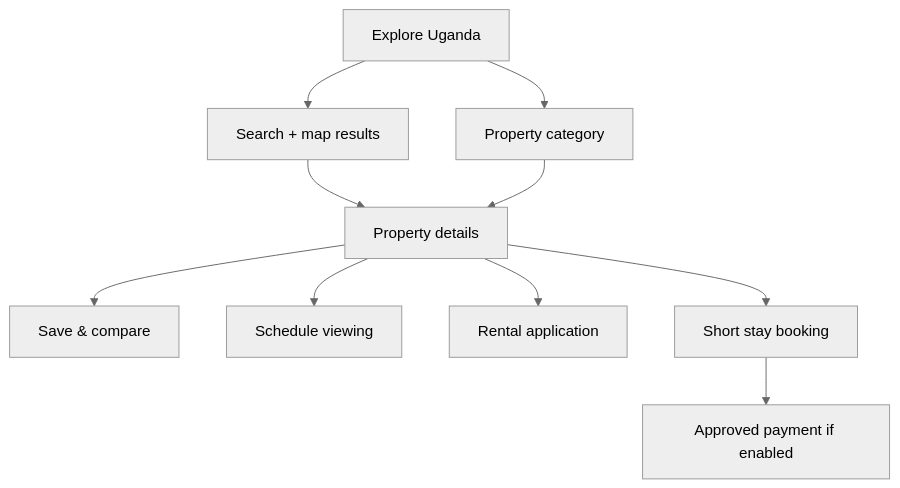
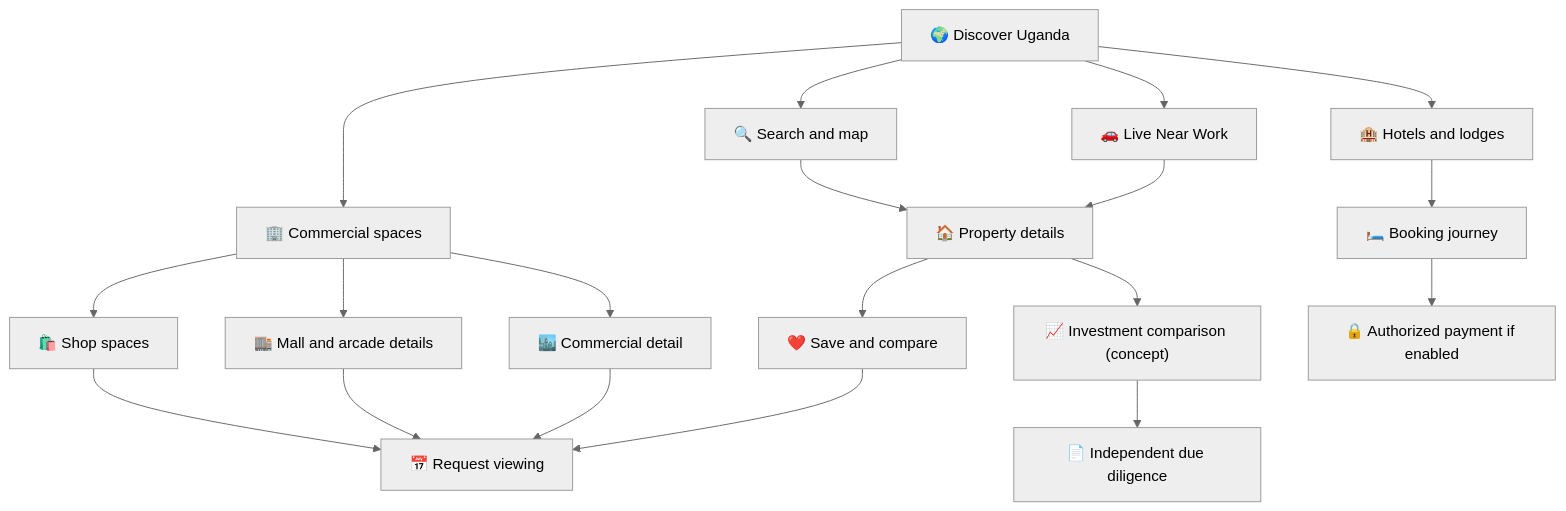
The fifth of 5 diagrams in knowledge-hub/18-BYTELAB-PROJECTS/BYTERENT-UGANDA/DESIGN-SHOWCASE.md (codetherapistpita-oss/codetherapistpita-oss), drawn with Mermaid (neutral theme) before and after one commit. The commit also changed other lines of this file, not shown here.

Commit message:
docs(byterent): stage original PNG screen gallery with workflows and safe concept labels

````diff
--- a/knowledge-hub/18-BYTELAB-PROJECTS/BYTERENT-UGANDA/DESIGN-SHOWCASE.md
+++ b/knowledge-hub/18-BYTELAB-PROJECTS/BYTERENT-UGANDA/DESIGN-SHOWCASE.md
@@ -45,12 +108,22 @@
 ```mermaid
 flowchart TD
- HOME[Explore Uganda] --> SEARCH[Search + map results]
- HOME --> CATEGORY[Property category]
- SEARCH --> DETAILS[Property details]
- CATEGORY --> DETAILS
- DETAILS --> COMPARE[Save & compare]
- DETAILS --> VIEW[Schedule viewing]
- DETAILS --> APPLY[Rental application]
- DETAILS --> BOOK[Short stay booking]
- BOOK --> PAYMENT[Approved payment if enabled]
+ HOME["🌍 Discover Uganda"]
+ HOME --> SEARCH["🔍 Search and map"]
+ HOME --> COM["🏢 Commercial spaces"]
+ HOME --> HOT["🏨 Hotels and lodges"]
+ HOME --> WORK["🚗 Live Near Work"]
+ SEARCH --> DETAILS["🏠 Property details"]
+ COM --> SHOP["🛍️ Shop spaces"]
+ COM --> ARCADE["🏬 Mall and arcade details"]
+ COM --> OFFICE["🏙️ Commercial detail"]
+ DETAILS --> SAVE["❤️ Save and compare"]
+ DETAILS --> INVEST["📈 Investment comparison (concept)"]
+ WORK --> DETAILS
+ SHOP --> VIEW["📅 Request viewing"]
+ ARCADE --> VIEW
+ OFFICE --> VIEW
+ HOT --> BOOK["🛏️ Booking journey"]
+ SAVE --> VIEW
+ INVEST --> DUE["📄 Independent due diligence"]
+ BOOK --> PAY["🔒 Authorized payment if enabled"]
 ```
````
